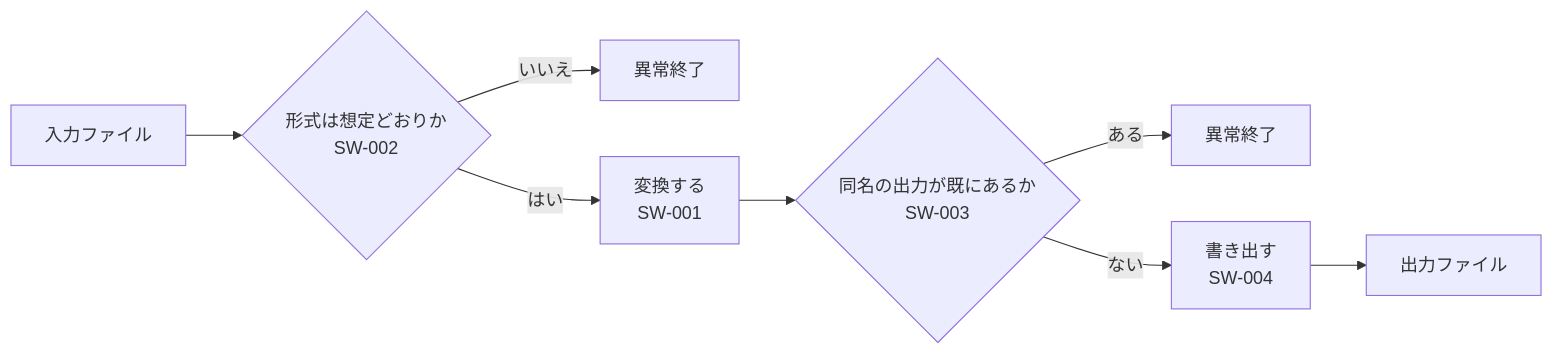
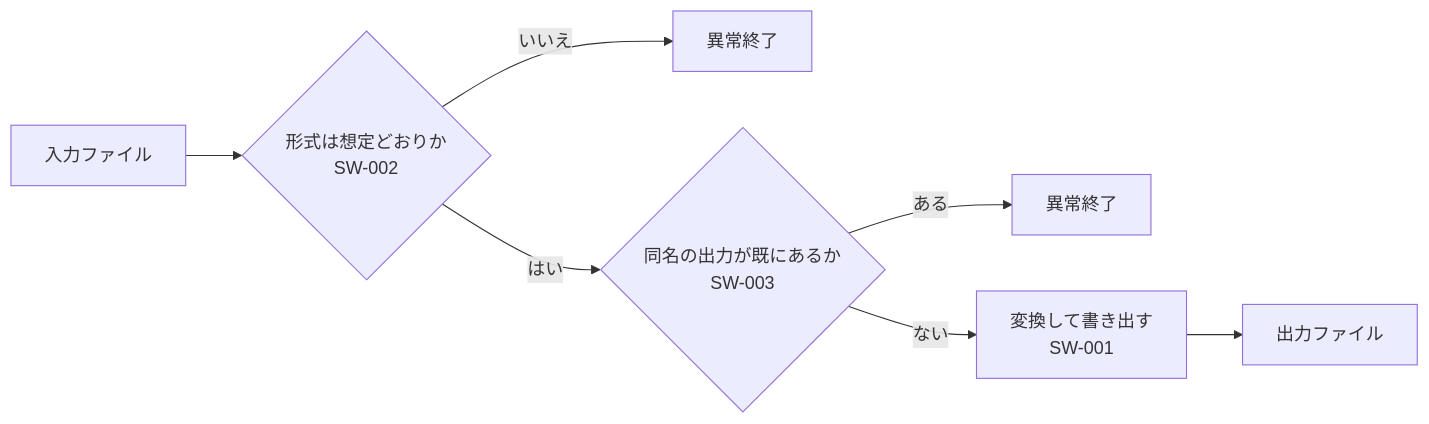
One commit to GoodRelax/StrictDocStarter changed the diagram in samples/md-basic-ja/02-guide-for-human.md. Above: the diagram before and after it, drawn with Mermaid. The commit also changed other lines of this file and 13 other files, not shown here.

````diff
--- a/samples/md-basic-ja/02-guide-for-human.md
+++ b/samples/md-basic-ja/02-guide-for-human.md
@@ -310,10 +299,9 @@
 ```mermaid
 flowchart LR
     IN["入力ファイル"] --> CHK{"形式は想定どおりか<br/>SW-002"}
     CHK -- "いいえ" --> STOP1["異常終了"]
-    CHK -- "はい" --> CONV["変換する<br/>SW-001"]
-    CONV --> EXIST{"同名の出力が既にあるか<br/>SW-003"}
+    CHK -- "はい" --> EXIST{"同名の出力が既にあるか<br/>SW-003"}
     EXIST -- "ある" --> STOP2["異常終了"]
-    EXIST -- "ない" --> WRITE["書き出す<br/>SW-004"]
-    WRITE --> OUT["出力ファイル"]
+    EXIST -- "ない" --> CONV["変換して書き出す<br/>SW-001"]
+    CONV --> OUT["出力ファイル"]
 ```
````
